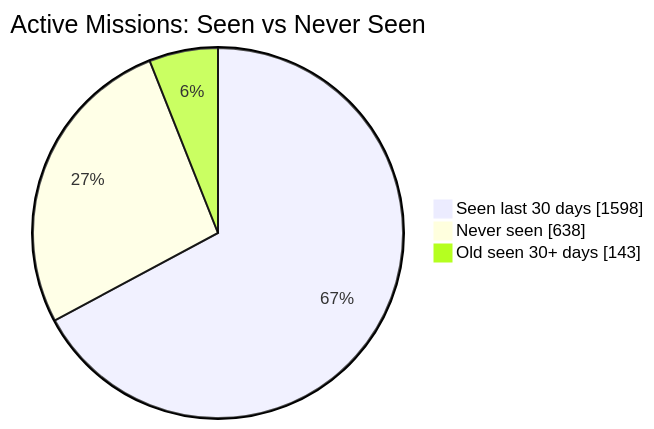
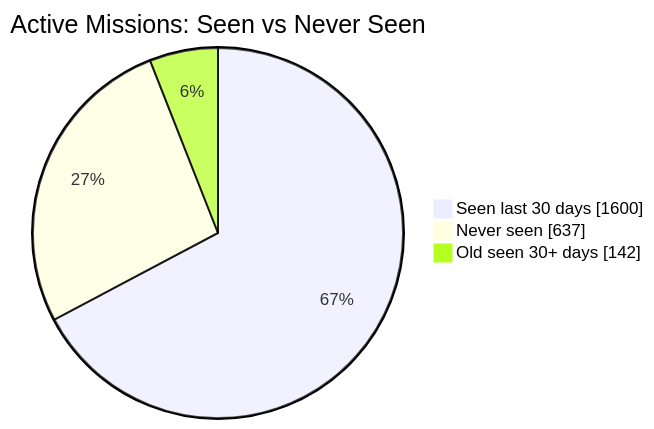
One commit to MeldkamerspelGameTeam/active-missions changed the first of 2 diagrams in README.md. Above: the diagram before and after it, drawn with Mermaid. The commit also changed other lines of this file and 3 other files, not shown here.

````diff
--- a/README.md
+++ b/README.md
@@ -34,7 +34,7 @@
 ```mermaid
 pie showData
     title Active Missions: Seen vs Never Seen
-    "Seen last 30 days" : 1598
-    "Never seen" : 638
-    "Old seen 30+ days" : 143
+    "Seen last 30 days" : 1600
+    "Never seen" : 637
+    "Old seen 30+ days" : 142
 ```
````
